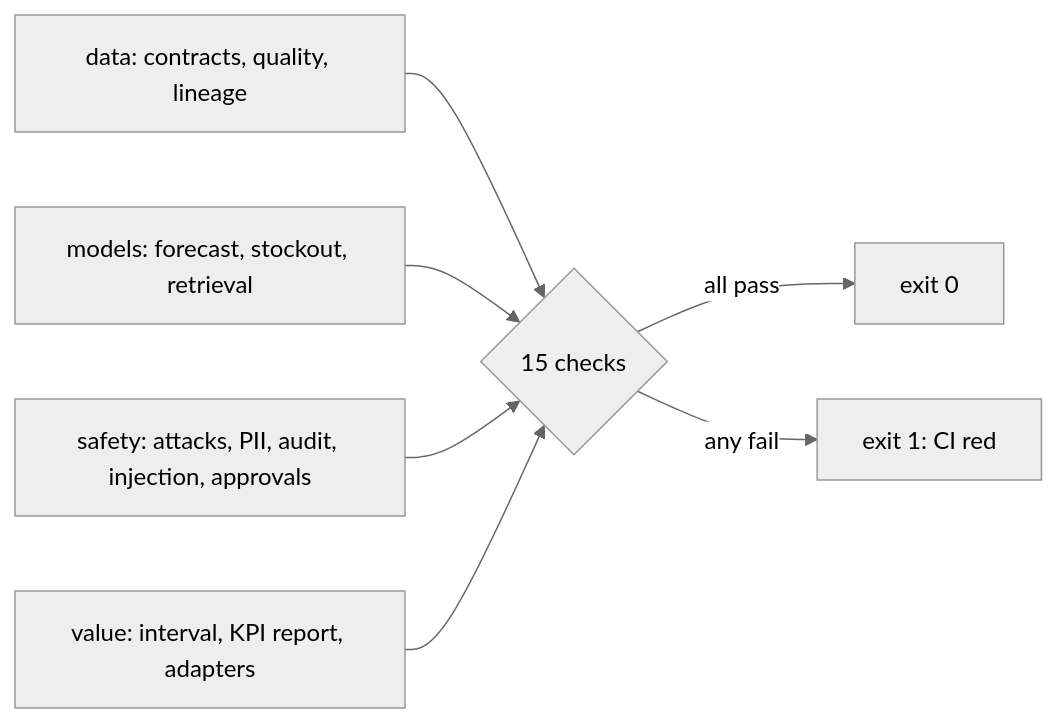
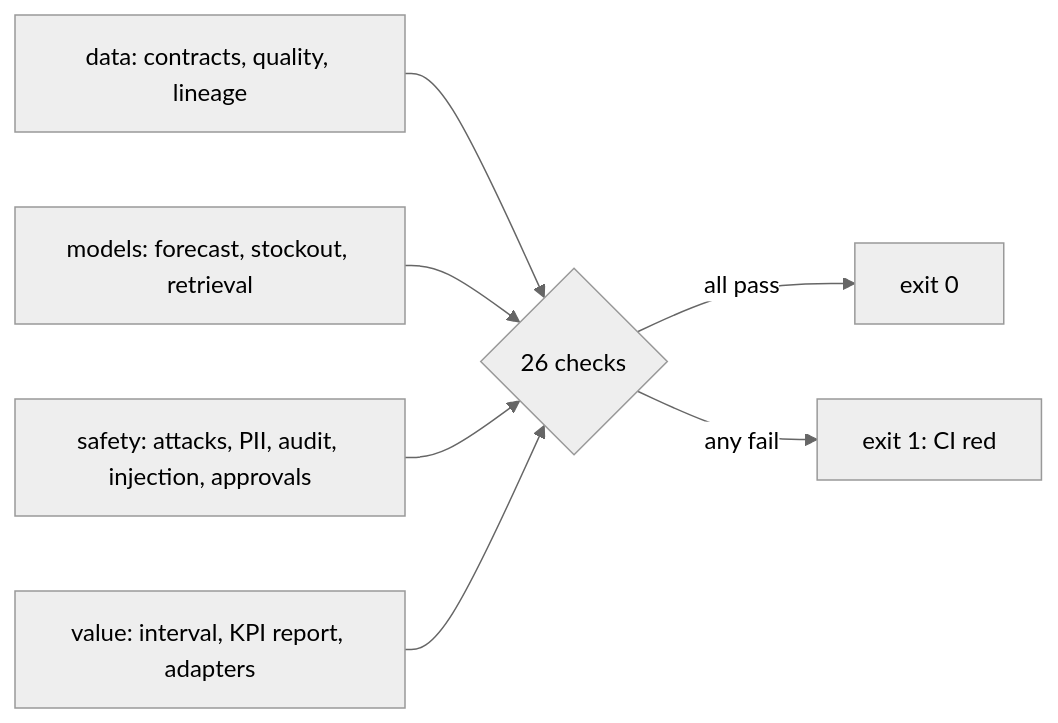
One commit to jagadishmazure-jpg/Jagadish-agentic-data-layer changed the diagram in docs/components/release-gate.md. Above: the diagram before and after it, drawn with Mermaid (neutral theme). The commit also changed other lines of this file and 20 other files, not shown here.

Commit message:
docs: mortgage in folder tables, adding-a-domain, roadmap, metrics and the 26-check gate

````diff
--- a/docs/components/release-gate.md
+++ b/docs/components/release-gate.md
@@ -14,9 +14,9 @@
 ```mermaid
 flowchart LR
-  D[data: contracts, quality, lineage] --> G{15 checks}
+  D[data: contracts, quality, lineage] --> G{26 checks}
   M[models: forecast, stockout, retrieval] --> G
   S[safety: attacks, PII, audit, injection, approvals] --> G
   V[value: interval, KPI report, adapters] --> G
   G -->|all pass| OK[exit 0]
   G -->|any fail| NO[exit 1: CI red]
 ```
````
